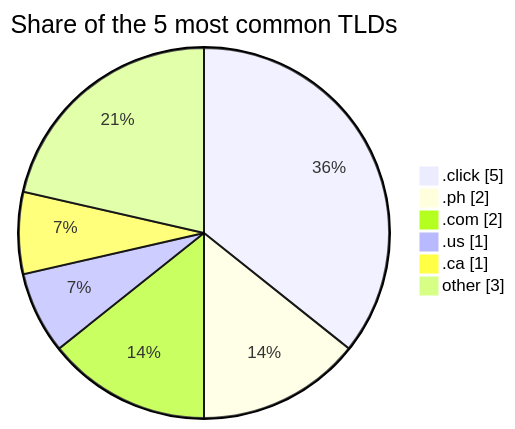
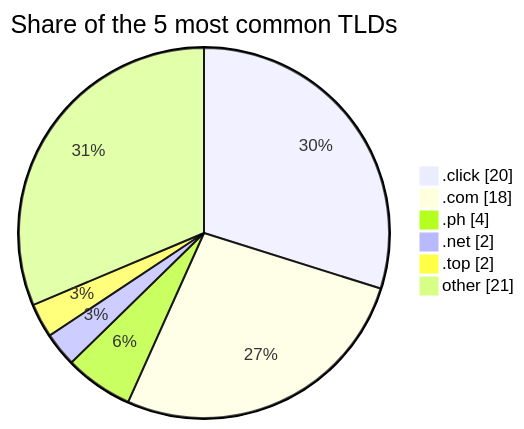
The second of 2 diagrams in README.md (DNSBunker/CTI), drawn with Mermaid before and after one commit. The commit also changed other lines of this file and 3 other files, not shown here.

````diff
--- a/README.md
+++ b/README.md
@@ -65,9 +72,9 @@
 ```mermaid
 pie showData title Share of the 5 most common TLDs
-    ".click" : 5
-    ".ph" : 2
-    ".com" : 2
-    ".us" : 1
-    ".ca" : 1
-    "other" : 3
+    ".click" : 20
+    ".com" : 18
+    ".ph" : 4
+    ".net" : 2
+    ".top" : 2
+    "other" : 21
 ```
````
